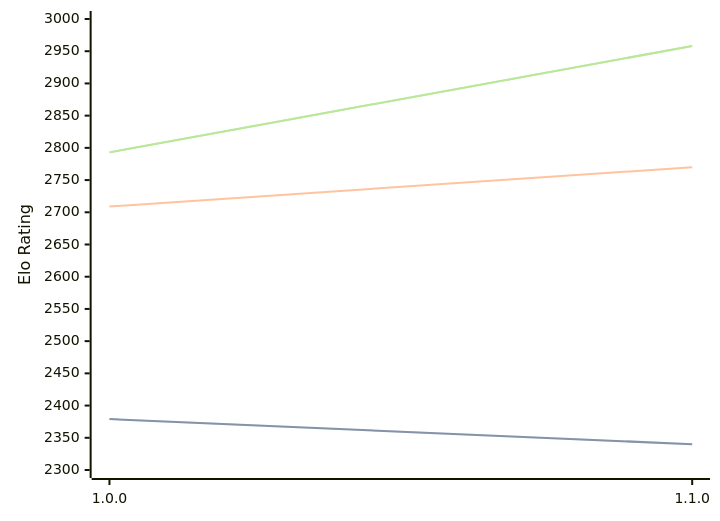
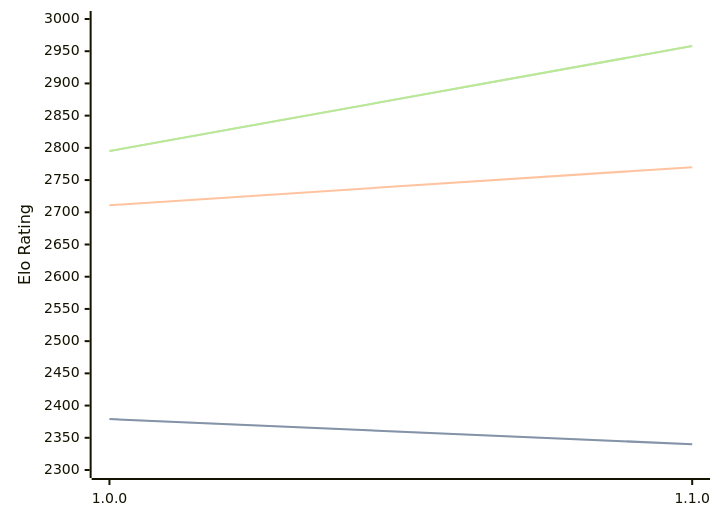
One commit to computer-chess-index/cci changed the diagram in engines/ShallowGuess.md. Above: the diagram before and after it, drawn with Mermaid. The commit also changed other lines of this file, not shown here.

Commit message:
Update CCI Ratings (ELO VLTC) - 2026-05-14

````diff
--- a/engines/ShallowGuess.md
+++ b/engines/ShallowGuess.md
@@ -36,11 +36,11 @@
 ```mermaid
 %%{init: {"theme":"base","themeVariables":{"seriesColors:['#a3a3a3','#222221','#faa371']}}}%%
 xychart-beta
   x-axis ["1.0.0", "1.1.0"]
   y-axis "Elo Rating" 2300 --> 3000
   line "STC (8.0+0.08s)" [2379, 2340]
   line "STC (8.0+0.08s)" [2379, 2340]
-  line "LTC (60.0+0.60s)" [2709, 2770]
-  line "VLTC (2m24s+1.12s)" [2793, 2958]
-  line "VLTC (2m24s+1.12s)" [2793, 2958]
+  line "LTC (60.0+0.60s)" [2711, 2770]
+  line "VLTC (2m24s+1.12s)" [2795, 2958]
+  line "VLTC (2m24s+1.12s)" [2795, 2958]
 ```
````
